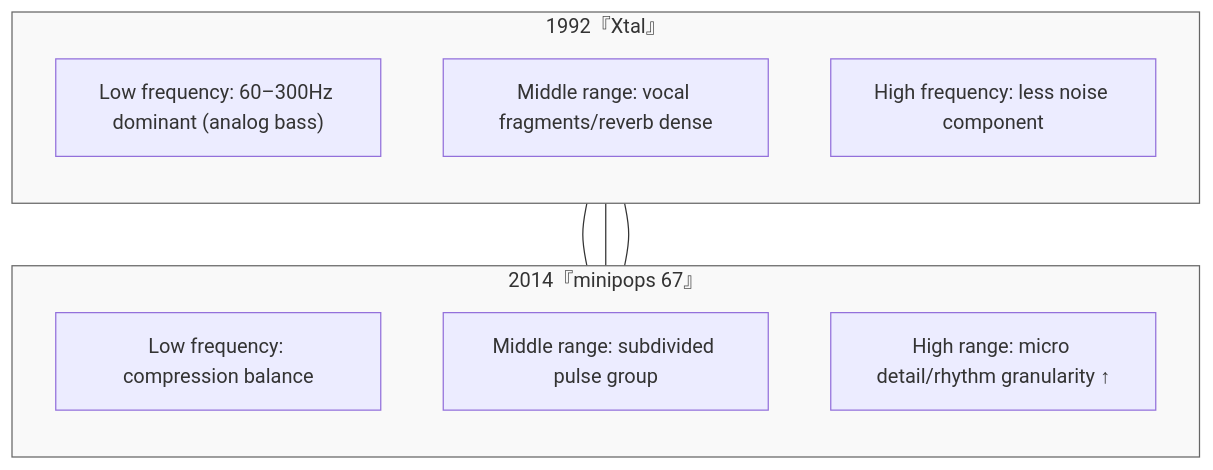
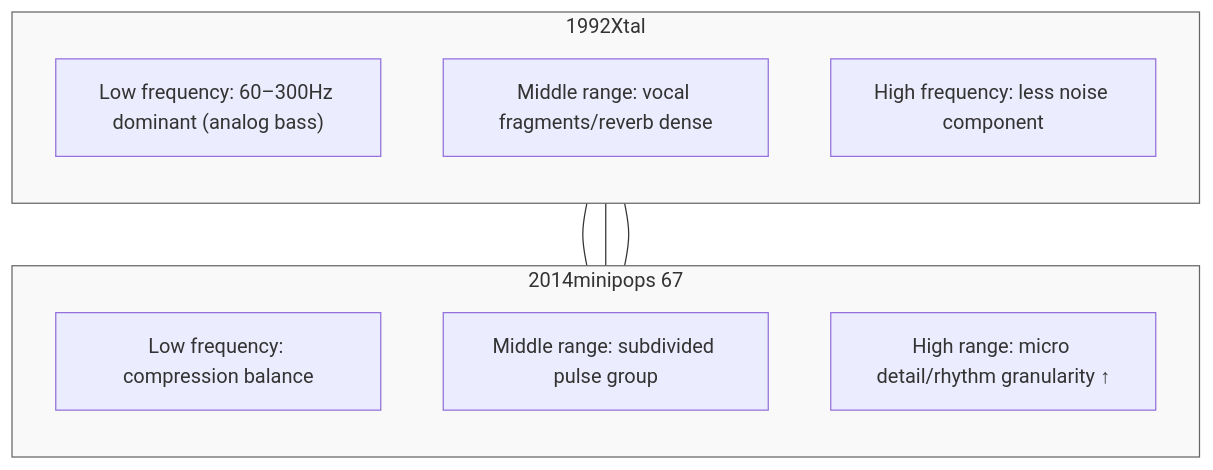
Before and after one commit to monumental-movement/monumental-movement.github.io: the fifth of 7 diagrams in en/_posts/2025-10-24-column-aphex_twin_evolution.md, drawn with Mermaid. The commit also changed other lines of this file and 1697 other files, not shown here.

```diff
--- a/en/_posts/2025-10-24-column-aphex_twin_evolution.md
+++ b/en/_posts/2025-10-24-column-aphex_twin_evolution.md
@@ -341,25 +348,25 @@
 <div class="mermaid">
 
 flowchart TB
-subgraph LEFT["1992『Xtal』"]
+subgraph LEFT["1992"Xtal""]
 direction TB
 L1["Low frequency: 60–300Hz dominant (analog bass)"]
 L2["Middle range: vocal fragments/reverb dense"]
 L3["High frequency: less noise component"]
 end
 
-subgraph RIGHT["2014『minipops 67』"]
+subgraph RIGHT["2014"minipops 67""]
 direction TB
 R1["Low frequency: compression balance"]
 R2["Middle range: subdivided pulse group"]
 R3["High range: micro detail/rhythm granularity ↑"]
 end
 
 L1 --- R1
 L2 --- R2
 L3 --- R3
 
 style LEFT fill:#f9f9f9,stroke:#666,stroke-width:1px
 style RIGHT fill:#f9f9f9,stroke:#666,stroke-width:1px
 
 </div>
```
